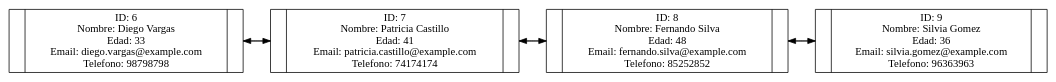
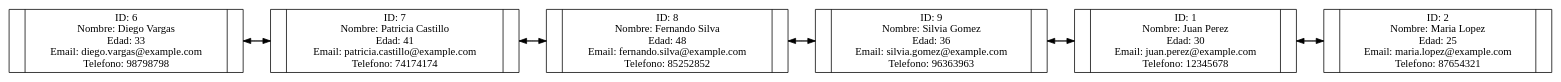
Before and after one commit to 202300512DanielH/IPC2_ProyectoVJ2024_21: the diagram in Reportes/Listas_doblemente_enlazadas.dot, drawn with Graphviz. The commit also changed 9 other files, not shown here.

```diff
--- a/Reportes/Listas_doblemente_enlazadas.dot
+++ b/Reportes/Listas_doblemente_enlazadas.dot
@@ -1,13 +1,19 @@
 digraph G {
         rankdir=LR;
         node [shape = record, height = .1]node0 [label = "{<f1>| ID: 6\nNombre: Diego Vargas\nEdad: 33\nEmail: diego.vargas@example.com\nTelefono: 98798798|<f2>}"];
 node1 [label = "{<f1>| ID: 7\nNombre: Patricia Castillo\nEdad: 41\nEmail: patricia.castillo@example.com\nTelefono: 74174174|<f2>}"];
 node2 [label = "{<f1>| ID: 8\nNombre: Fernando Silva\nEdad: 48\nEmail: fernando.silva@example.com\nTelefono: 85252852|<f2>}"];
 node3 [label = "{<f1>| ID: 9\nNombre: Silvia Gomez\nEdad: 36\nEmail: silvia.gomez@example.com\nTelefono: 96363963|<f2>}"];
+node4 [label = "{<f1>| ID: 1\nNombre: Juan Perez\nEdad: 30\nEmail: juan.perez@example.com\nTelefono: 12345678|<f2>}"];
+node5 [label = "{<f1>| ID: 2\nNombre: Maria Lopez\nEdad: 25\nEmail: maria.lopez@example.com\nTelefono: 87654321|<f2>}"];
 node0:f2 -> node1:f1;
 node1:f1 -> node0:f2;
 node1:f2 -> node2:f1;
 node2:f1 -> node1:f2;
 node2:f2 -> node3:f1;
 node3:f1 -> node2:f2;
+node3:f2 -> node4:f1;
+node4:f1 -> node3:f2;
+node4:f2 -> node5:f1;
+node5:f1 -> node4:f2;
 }
```
